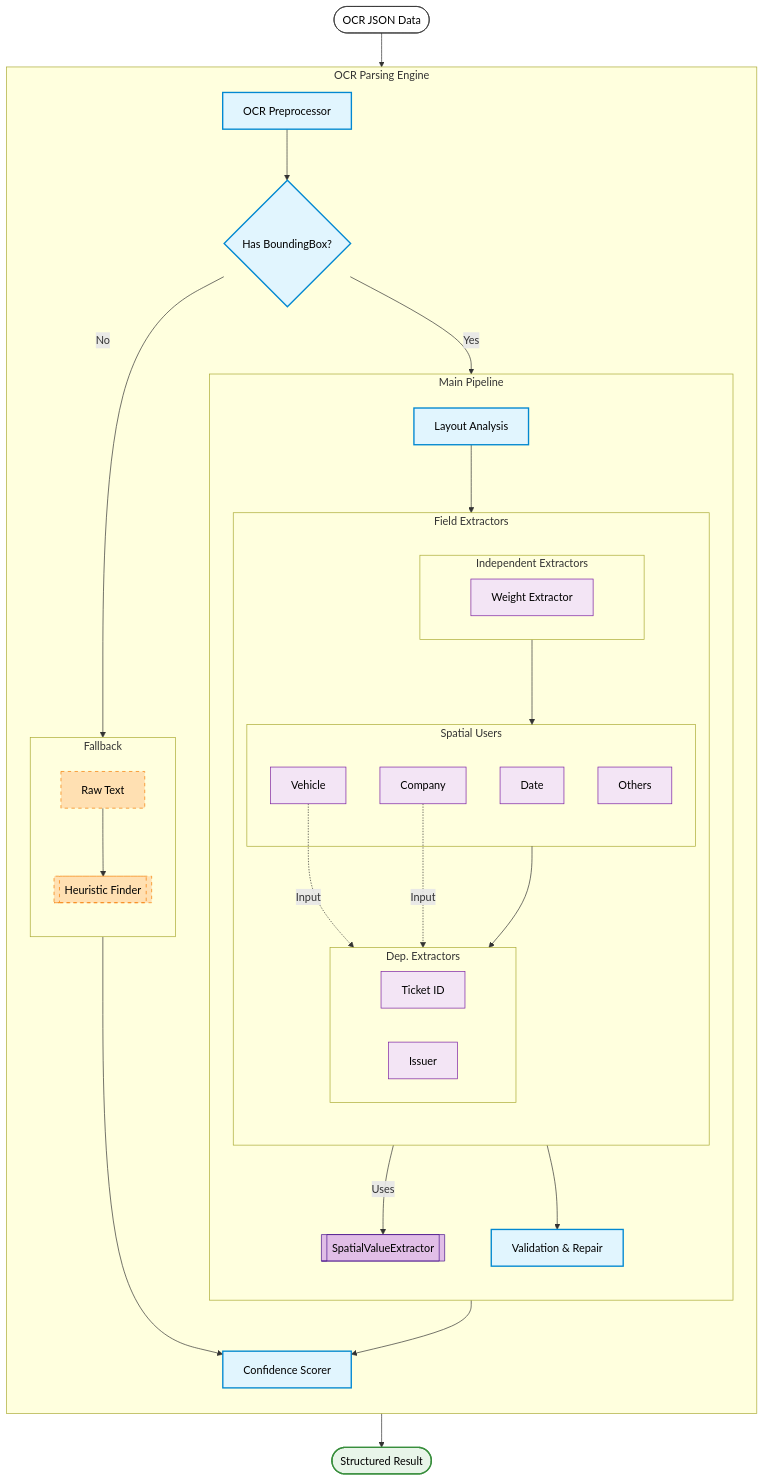
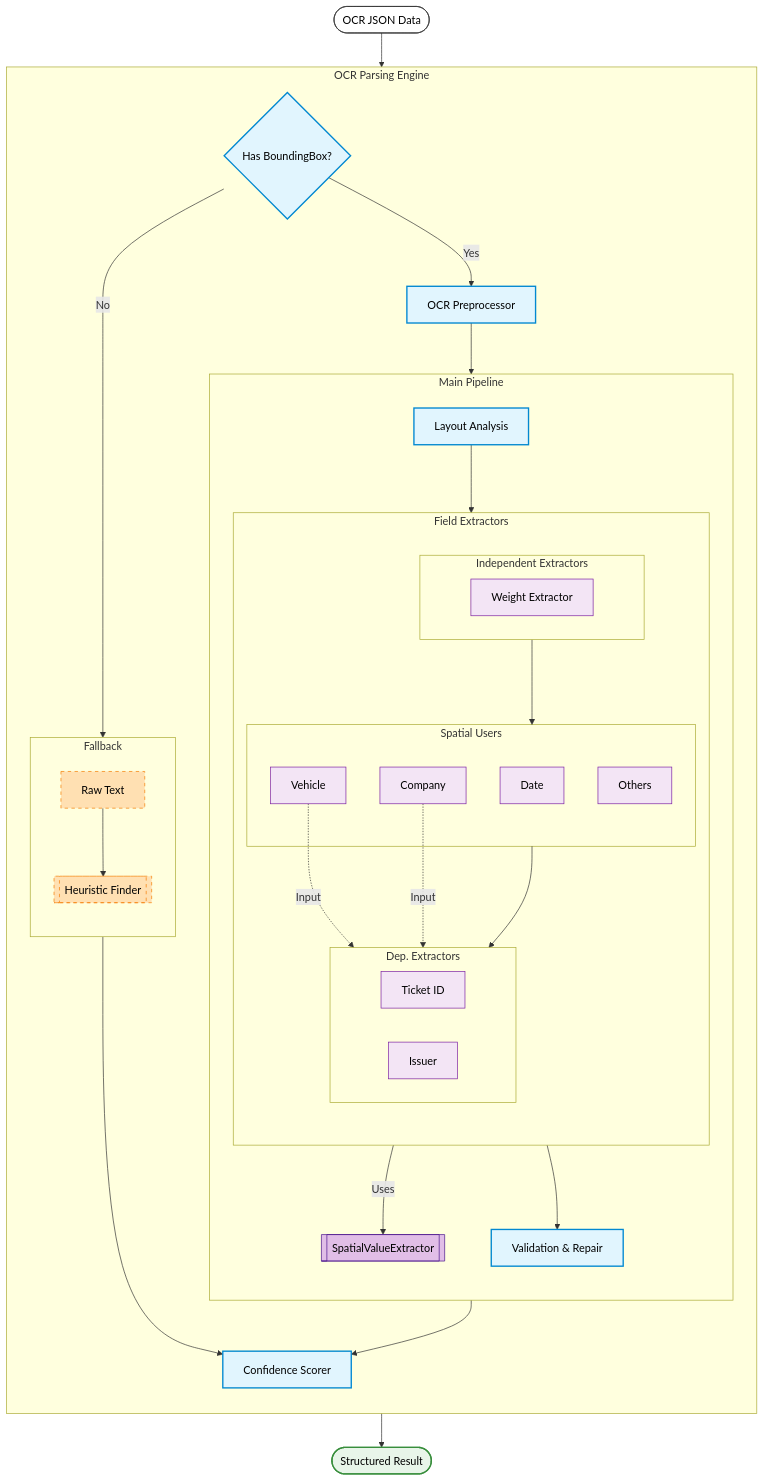
The diagram in README.md (dmseong/ocr_parsing), drawn with Mermaid before and after one commit.

Commit message:
Refactor flowchart sections in README.md

```diff
--- a/README.md
+++ b/README.md
@@ -142,10 +142,11 @@
     subgraph UnifiedParser [OCR Parsing Engine]
         direction TB
         
-        %% === Preprocessing Layer ===
+        %% === Decision Point ===
+        CheckBBox{"Has BoundingBox?"}:::mainFlow
+        
+        %% === Preprocessing Layer (Inside Main Flow) ===
         Preprocessor[OCR Preprocessor]:::mainFlow
-        
-        CheckBBox{"Has BoundingBox?"}:::mainFlow
         
         %% === Main Flow (Smart Extraction) ===
         subgraph SmartPipeline [Main Pipeline]
@@ -157,7 +158,6 @@
             subgraph Extractors [Field Extractors]
                 direction TB
                 
-                %% 세로 배치 강제
                 subgraph Independent [Independent Extractors]
                     direction LR
                     W_Ext[Weight Extractor]:::extractor
@@ -191,11 +191,12 @@
         Scorer[Confidence Scorer]:::mainFlow
     end
 
-    %% 연결 관계
-    Start --> Preprocessor
-    Preprocessor --> CheckBBox
+    %% 연결 관계 (수정됨)
+    Start --> CheckBBox
     
-    CheckBBox -- Yes --> Layout
+    CheckBBox -- Yes --> Preprocessor
+    Preprocessor --> Layout
+    
     Layout --> Independent
     Independent --> SpatialUsers
     SpatialUsers --> Dependent
```
